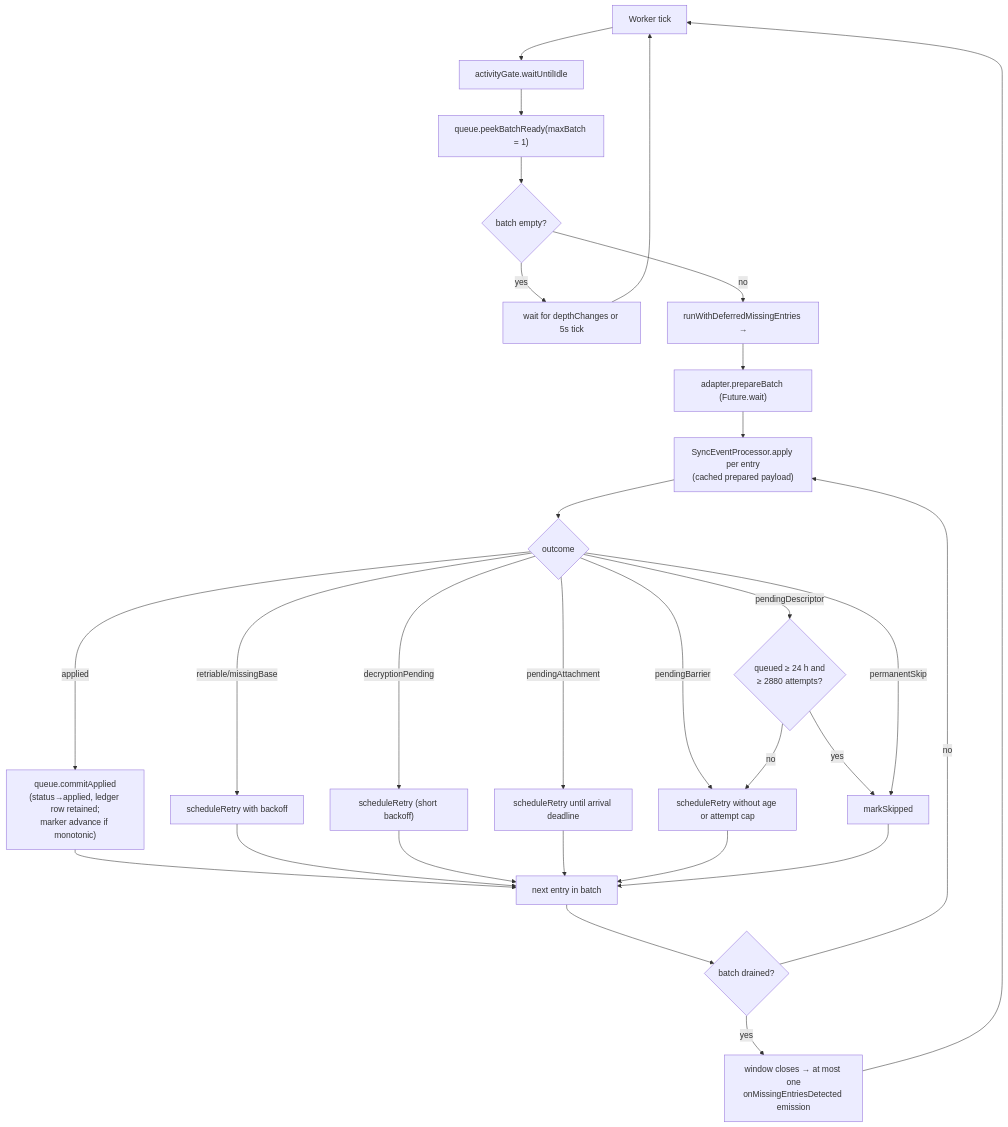
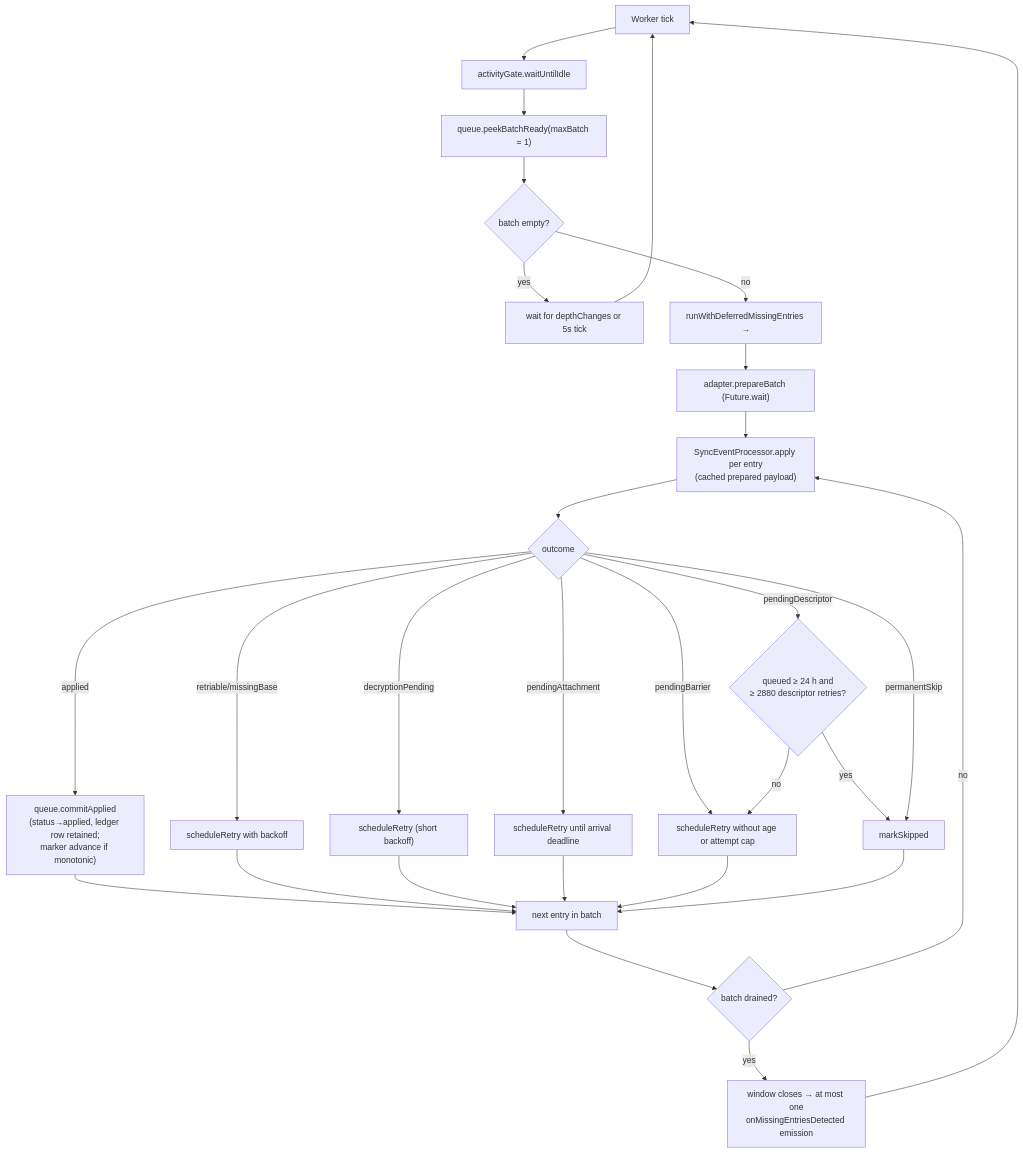
Before and after one commit to matthiasn/lotti: the fourth of 6 diagrams in knowledge/features/sync/receive-path.md, drawn with Mermaid. The commit also changed other lines of this file and 12 other files, not shown here.

First line of the commit message:
fix(sync): budget the descriptor backstop on descriptor retries only

````diff
--- a/knowledge/features/sync/receive-path.md
+++ b/knowledge/features/sync/receive-path.md
@@ -388,31 +392,31 @@
 ```mermaid
 flowchart TD
     Tick["Worker tick"] --> Gate["activityGate.waitUntilIdle"]
     Gate --> Peek["queue.peekBatchReady(maxBatch = 1)"]
     Peek --> Empty{"batch empty?"}
     Empty -->|yes| Wait["wait for depthChanges or 5s tick"]
     Wait --> Tick
     Empty -->|no| Window["runWithDeferredMissingEntries →"]
     Window --> PrepareAll["adapter.prepareBatch (Future.wait)"]
     PrepareAll --> Apply["SyncEventProcessor.apply per entry<br/>(cached prepared payload)"]
     Apply --> Outcome{"outcome"}
     Outcome -->|applied| Commit["queue.commitApplied<br/>(status→applied, ledger row retained;<br/>marker advance if monotonic)"]
     Outcome -->|retriable/missingBase| Retry["scheduleRetry with backoff"]
     Outcome -->|decryptionPending| DecryptRetry["scheduleRetry (short backoff)"]
     Outcome -->|pendingAttachment| AttachmentRetry["scheduleRetry until arrival deadline"]
     Outcome -->|pendingBarrier| PeriodicRetry["scheduleRetry without age or attempt cap"]
-    Outcome -->|pendingDescriptor| DescriptorRetry{"queued ≥ 24 h and<br/>≥ 2880 attempts?"}
+    Outcome -->|pendingDescriptor| DescriptorRetry{"queued ≥ 24 h and<br/>≥ 2880 descriptor retries?"}
     DescriptorRetry -->|no| PeriodicRetry
     DescriptorRetry -->|yes| Skip
     Outcome -->|permanentSkip| Skip["markSkipped"]
     Commit --> NextEntry["next entry in batch"]
     Retry --> NextEntry
     DecryptRetry --> NextEntry
     AttachmentRetry --> NextEntry
     PeriodicRetry --> NextEntry
     Skip --> NextEntry
     NextEntry --> WindowClose{"batch drained?"}
     WindowClose -->|no| Apply
     WindowClose -->|yes| Emit["window closes → at most one<br/>onMissingEntriesDetected emission"]
     Emit --> Tick
 ```
````
